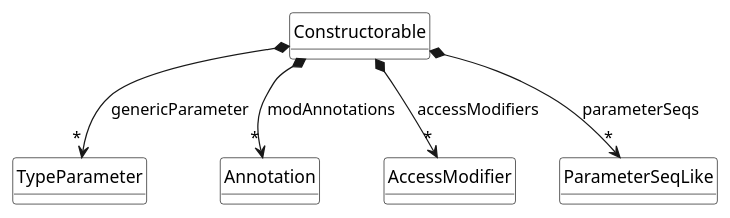
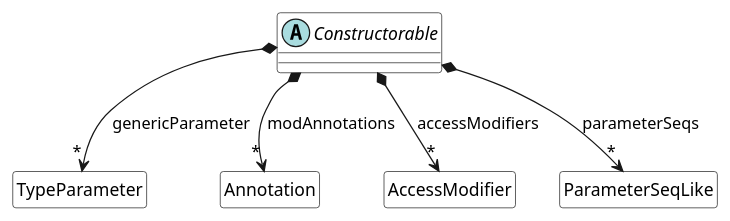
The diagram in scala-meta-model/sub/construtorable.meta.puml (tizuck/scala-uml-diagrams), drawn with PlantUML before and after one commit. The commit also changed 5 other files, not shown here.

```diff
--- a/scala-meta-model/sub/construtorable.meta.puml
+++ b/scala-meta-model/sub/construtorable.meta.puml
@@ -1,18 +1,18 @@
 @startuml Constructorabler
-class Constructorable 
+abstract class Constructorable 
 
 Constructorable *--> "*" TypeParameter : genericParameter 
-Constructorable *--> "*" Annotation : modAnnotations 
-Constructorable *--> "*" AccessModifier : accessModifiers
+Constructorable *--> "   \n\n*" Annotation : modAnnotations 
+Constructorable *--> "\n*" AccessModifier : accessModifiers
 Constructorable *--> "*" ParameterSeqLike : parameterSeqs
 
 hide class circle
-hide class methods
+hide class members
 
 skinparam class {
     BackgroundColor White
     ArrowColor Black
     BorderColor Black
 }
 
 @enduml 
```
